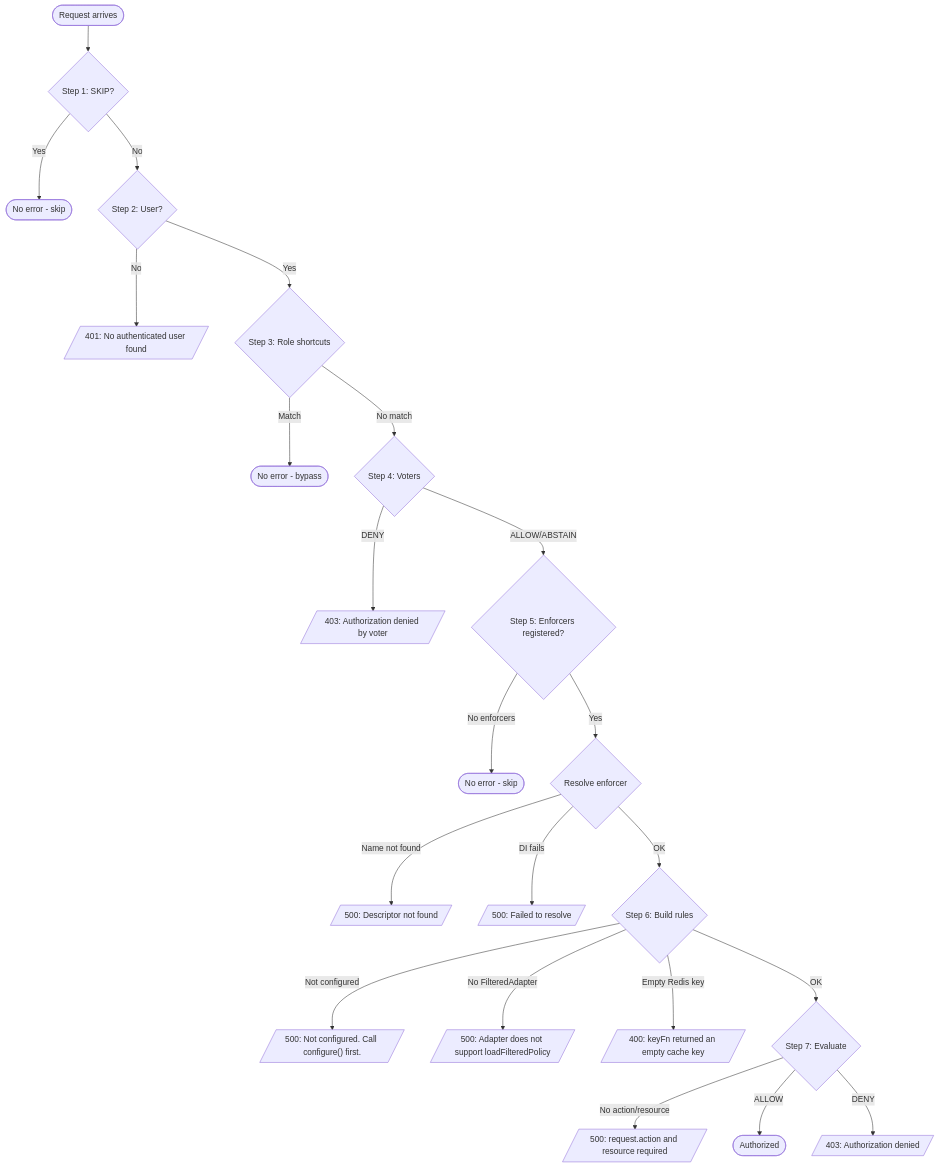
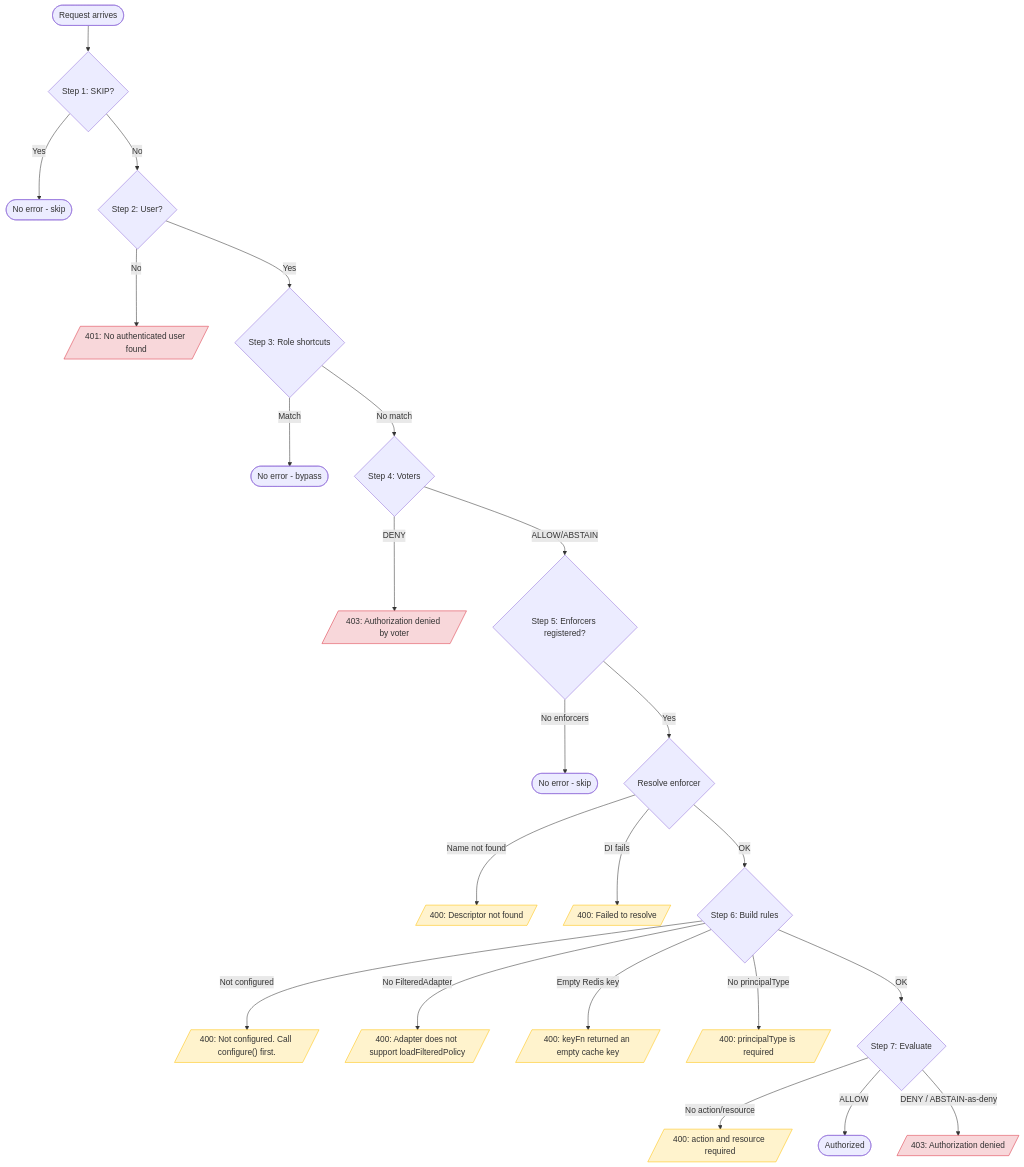
The diagram in docs/wiki/content/extensions/components/authorization/errors.md (VENIZIA-AI/ignis), drawn with Mermaid before and after one commit. The commit also changed other lines of this file and 233 other files, not shown here.

````diff
--- a/docs/wiki/content/extensions/components/authorization/errors.md
+++ b/docs/wiki/content/extensions/components/authorization/errors.md
@@ -7,27 +7,39 @@
 ```mermaid
 flowchart TD
     Req([Request arrives]) --> S1{"Step 1: SKIP?"}
     S1 -->|Yes| OK1([No error - skip])
     S1 -->|No| S2{"Step 2: User?"}
     S2 -->|No| E401[/"401: No authenticated user found"/]
     S2 -->|Yes| S3{"Step 3: Role shortcuts"}
     S3 -->|Match| OK2([No error - bypass])
     S3 -->|No match| S4{"Step 4: Voters"}
     S4 -->|DENY| E403a[/"403: Authorization denied by voter"/]
     S4 -->|ALLOW/ABSTAIN| S5{"Step 5: Enforcers registered?"}
 
     S5 -->|No enforcers| OK3([No error - skip])
     S5 -->|Yes| S5b{"Resolve enforcer"}
-    S5b -->|Name not found| E500b[/"500: Descriptor not found"/]
-    S5b -->|DI fails| E500c[/"500: Failed to resolve"/]
+    S5b -->|Name not found| E400b[/"400: Descriptor not found"/]
+    S5b -->|DI fails| E400c[/"400: Failed to resolve"/]
     S5b -->|OK| S6{"Step 6: Build rules"}
 
-    S6 -->|Not configured| E500d[/"500: Not configured. Call configure() first."/]
-    S6 -->|No FilteredAdapter| E500e[/"500: Adapter does not support loadFilteredPolicy"/]
-    S6 -->|Empty Redis key| E400b[/"400: keyFn returned an empty cache key"/]
+    S6 -->|Not configured| E400d[/"400: Not configured. Call configure() first."/]
+    S6 -->|No FilteredAdapter| E400e[/"400: Adapter does not support loadFilteredPolicy"/]
+    S6 -->|Empty Redis key| E400f[/"400: keyFn returned an empty cache key"/]
+    S6 -->|No principalType| E400g[/"400: principalType is required"/]
     S6 -->|OK| S7{"Step 7: Evaluate"}
 
-    S7 -->|No action/resource| E500g[/"500: request.action and resource required"/]
+    S7 -->|No action/resource| E400h[/"400: action and resource required"/]
     S7 -->|ALLOW| OK4([Authorized])
-    S7 -->|DENY| E403b[/"403: Authorization denied"/]
+    S7 -->|DENY / ABSTAIN-as-deny| E403b[/"403: Authorization denied"/]
+
+    style E401 fill:#f8d7da,stroke:#dc3545
+    style E403a fill:#f8d7da,stroke:#dc3545
+    style E403b fill:#f8d7da,stroke:#dc3545
+    style E400b fill:#fff3cd,stroke:#ffc107
+    style E400c fill:#fff3cd,stroke:#ffc107
+    style E400d fill:#fff3cd,stroke:#ffc107
+    style E400e fill:#fff3cd,stroke:#ffc107
+    style E400f fill:#fff3cd,stroke:#ffc107
+    style E400g fill:#fff3cd,stroke:#ffc107
+    style E400h fill:#fff3cd,stroke:#ffc107
 ```
````
